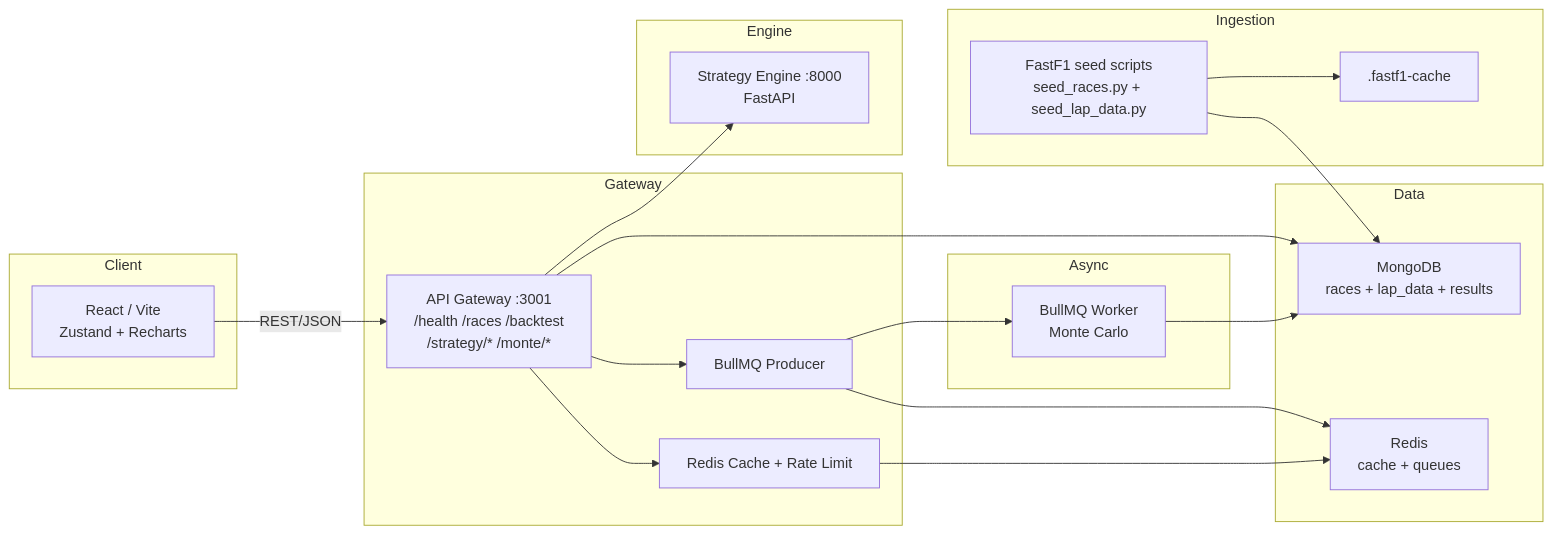
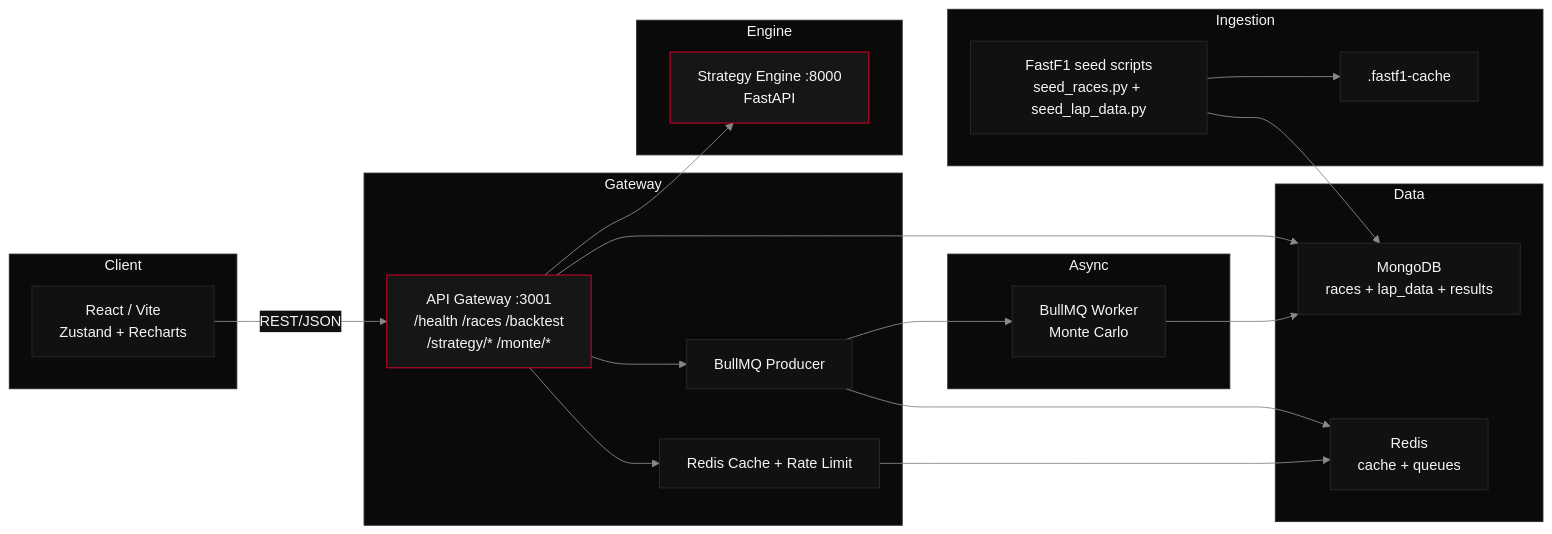
Before and after one commit to rayan-1005/f1-strategy-simulator: the diagram in README.md, drawn with Mermaid.

Commit message:
docs: Refine architecture diagram

````diff
--- a/README.md
+++ b/README.md
@@ -39,42 +39,55 @@
 ```mermaid
+%%{init: {"theme": "base", "themeVariables": { "primaryColor": "#111", "primaryTextColor": "#f5f5f5", "lineColor": "#888", "tertiaryColor": "#161616" }}}%%
 flowchart LR
-  subgraph Client
+  classDef surface fill:#111,stroke:#2a2a2a,color:#f5f5f5;
+  classDef accent fill:#161616,stroke:#e8002d,color:#f5f5f5;
+
+  subgraph client["Client"]
     FE[React / Vite\nZustand + Recharts]
   end
 
-  subgraph Gateway
+  subgraph gateway["Gateway"]
     API[API Gateway :3001\n/health /races /backtest\n/strategy/* /monte/*]
     CACHE[Redis Cache + Rate Limit]
     QUEUE[BullMQ Producer]
   end
 
-  subgraph Engine
+  subgraph engine["Engine"]
     SE[Strategy Engine :8000\nFastAPI]
   end
 
-  subgraph Async
+  subgraph asyncflow["Async"]
     WORKER[BullMQ Worker\nMonte Carlo]
   end
 
-  subgraph Data
+  subgraph data["Data"]
     MONGO[MongoDB\nraces + lap_data + results]
     REDIS[Redis\ncache + queues]
   end
 
-  subgraph Ingestion
+  subgraph ingestion["Ingestion"]
     FASTF1[FastF1 seed scripts\nseed_races.py + seed_lap_data.py]
     CACHEFS[.fastf1-cache]
   end
 
   FE -->|REST/JSON| API
   API --> SE
   API --> CACHE
   API --> QUEUE
   QUEUE --> WORKER
   WORKER --> MONGO
   API --> MONGO
   CACHE --> REDIS
   QUEUE --> REDIS
   FASTF1 --> MONGO
   FASTF1 --> CACHEFS
+
+  class FE,API,SE,WORKER,MONGO,REDIS,CACHE,QUEUE,FASTF1,CACHEFS surface;
+  class API,SE accent;
+  style client fill:#0a0a0a,stroke:#2a2a2a,color:#f5f5f5;
+  style gateway fill:#0a0a0a,stroke:#2a2a2a,color:#f5f5f5;
+  style engine fill:#0a0a0a,stroke:#2a2a2a,color:#f5f5f5;
+  style asyncflow fill:#0a0a0a,stroke:#2a2a2a,color:#f5f5f5;
+  style data fill:#0a0a0a,stroke:#2a2a2a,color:#f5f5f5;
+  style ingestion fill:#0a0a0a,stroke:#2a2a2a,color:#f5f5f5;
 ```
````
